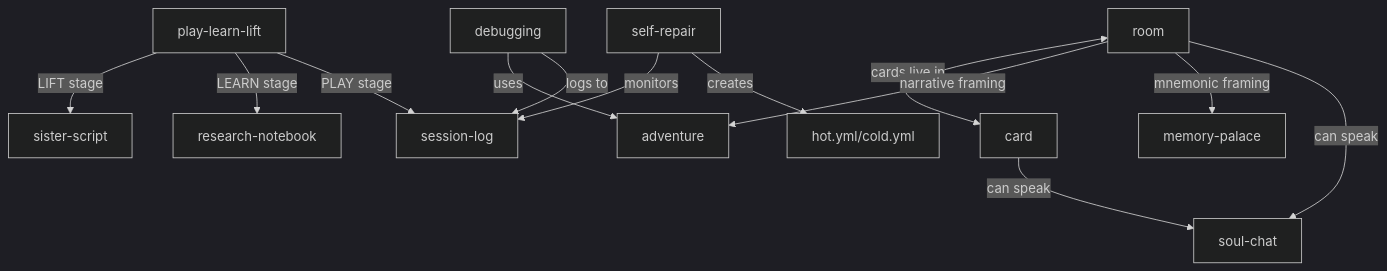
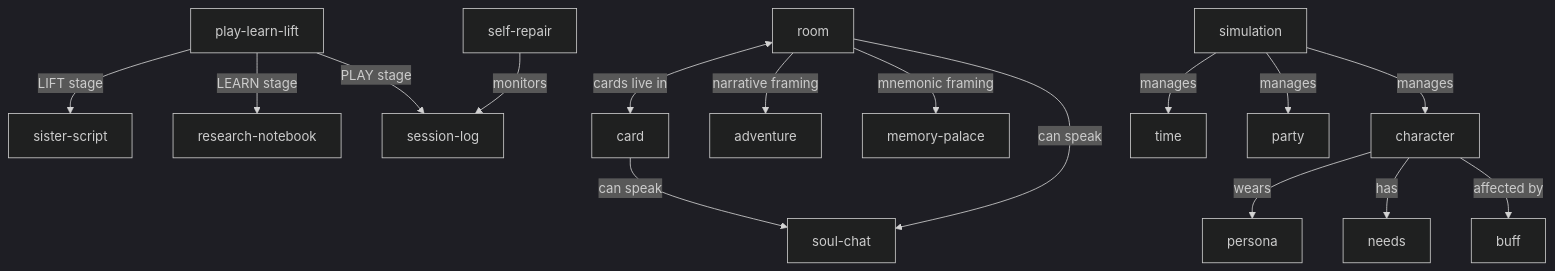
One commit to pragsmike/moollm changed the diagram in skills/README.md. Above: the diagram before and after it, drawn with Mermaid (dark theme). The commit also changed other lines of this file, not shown here.

````diff
--- a/skills/README.md
+++ b/skills/README.md
@@ -227,19 +184,23 @@
 ```mermaid
 graph TD
     PLL[play-learn-lift] -->|LIFT stage| SS[sister-script]
     PLL -->|LEARN stage| RN[research-notebook]
     PLL -->|PLAY stage| SL[session-log]
     
     R[room] <-->|cards live in| TC[card]
     R -->|narrative framing| AP[adventure]
     R -->|mnemonic framing| MP[memory-palace]
     
     TC -->|can speak| SC[soul-chat]
     R -->|can speak| SC
     
+    SIM[simulation] -->|manages| TIME[time]
+    SIM -->|manages| PARTY[party]
+    SIM -->|manages| CHAR[character]
+    
+    CHAR -->|wears| PERSONA[persona]
+    CHAR -->|has| NEEDS[needs]
+    CHAR -->|affected by| BUFF[buff]
+    
     SR[self-repair] -->|monitors| SL
-    SR -->|creates| HOT[hot.yml/cold.yml]
-    
-    DB[debugging] -->|uses| AP
-    DB -->|logs to| SL
 ```
````
